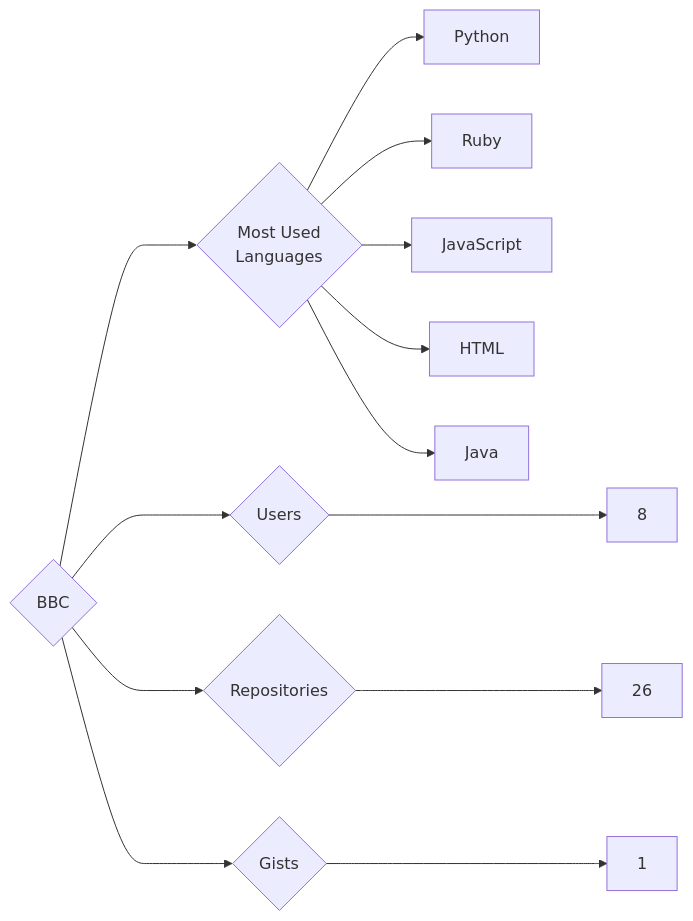
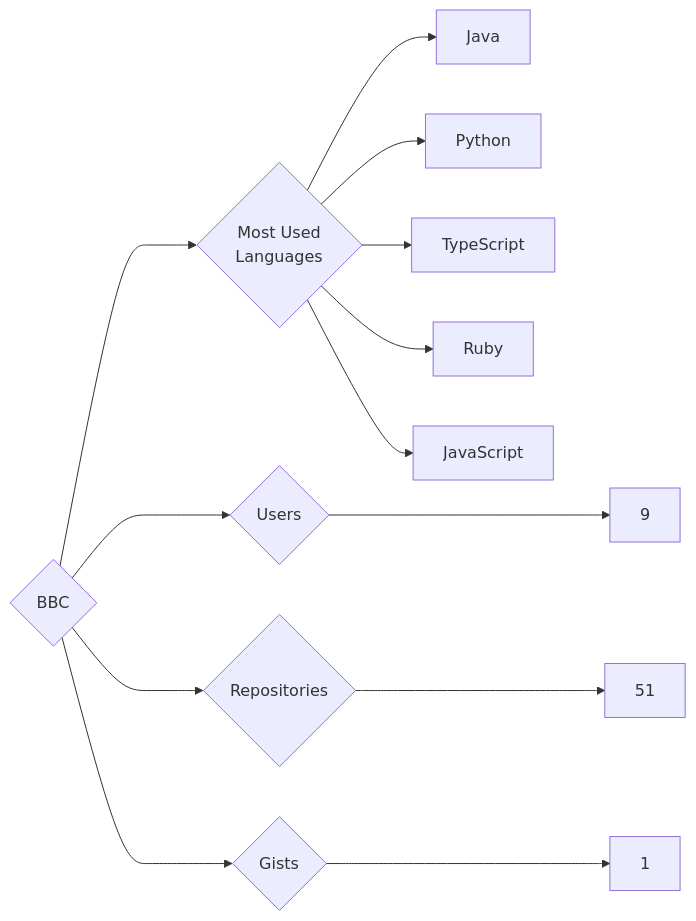
The diagram in targets/BBC/README.md (trickest/insiders), drawn with Mermaid before and after one commit. The commit also changed 912 other files, not shown here.

````diff
--- a/targets/BBC/README.md
+++ b/targets/BBC/README.md
@@ -3,13 +3,13 @@
 ```mermaid
 graph LR
 COMPANY_NAME{BBC}
-COMPANY_NAME ---> U{Users} ---> UN[8]
-COMPANY_NAME ---> R{Repositories} ---> RN[26]
+COMPANY_NAME ---> U{Users} ---> UN[9]
+COMPANY_NAME ---> R{Repositories} ---> RN[51]
 COMPANY_NAME ---> G{Gists} ---> GN[1]
 COMPANY_NAME ---> ML{Most Used<br>Languages}
+ML --> Java[Java]
 ML --> Python[Python]
+ML --> TypeScript[TypeScript]
 ML --> Ruby[Ruby]
 ML --> JavaScript[JavaScript]
-ML --> HTML[HTML]
-ML --> Java[Java]
 ```
````
